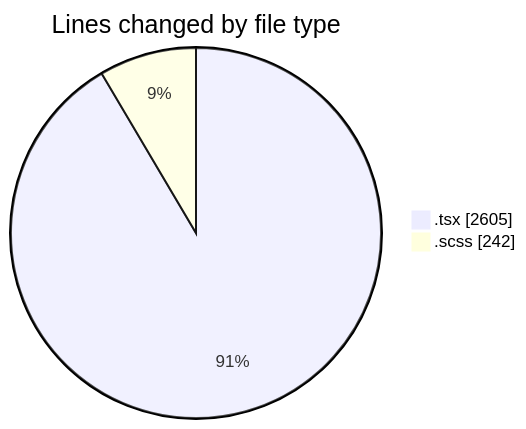
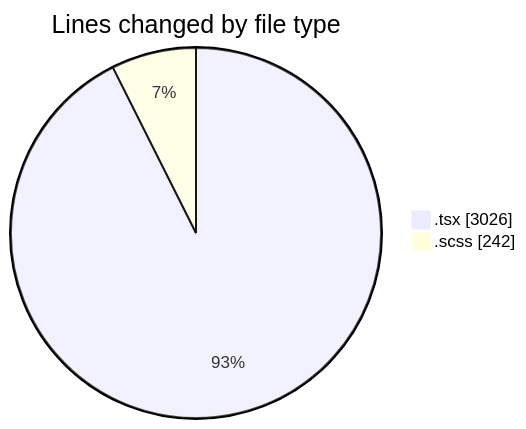
Before and after one commit to momahboobian/code-tracking: the first of 2 diagrams in 2025-07-03/cda/README.md, drawn with Mermaid. The commit also changed other lines of this file and 1 other file, not shown here.

````diff
--- a/2025-07-03/cda/README.md
+++ b/2025-07-03/cda/README.md
@@ -33,6 +34,6 @@
 ```mermaid
 pie showData
 title Lines changed by file type
-".tsx" : 2605
+".tsx" : 3026
 ".scss" : 242
 ```
````
